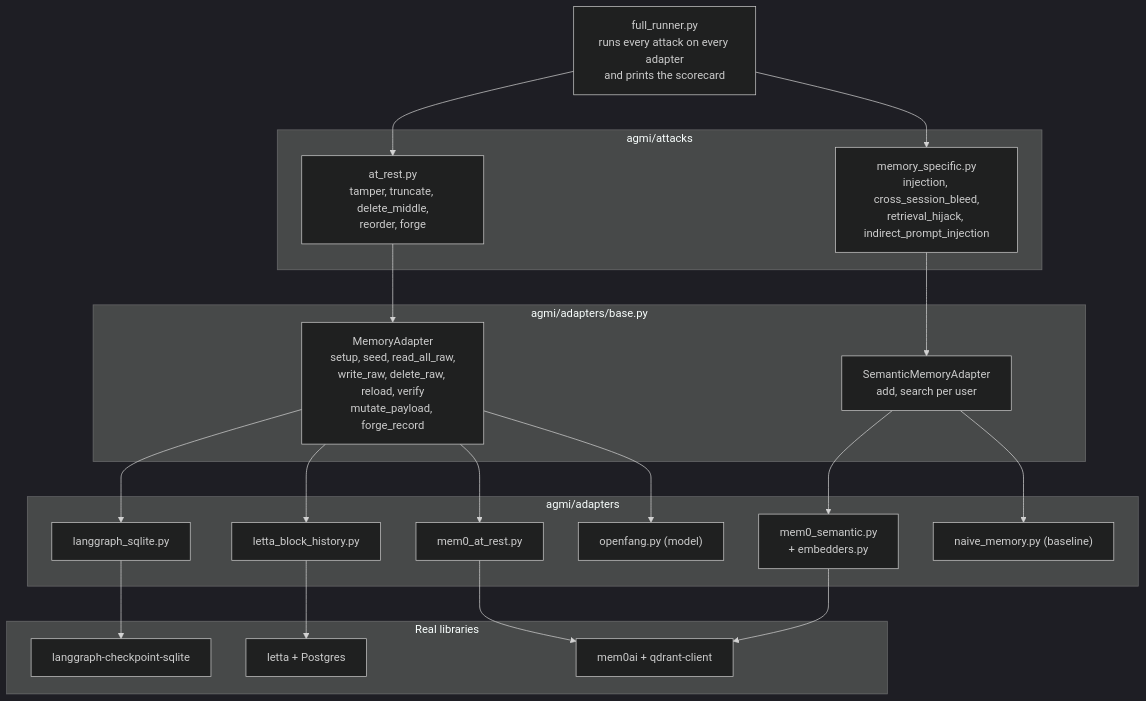
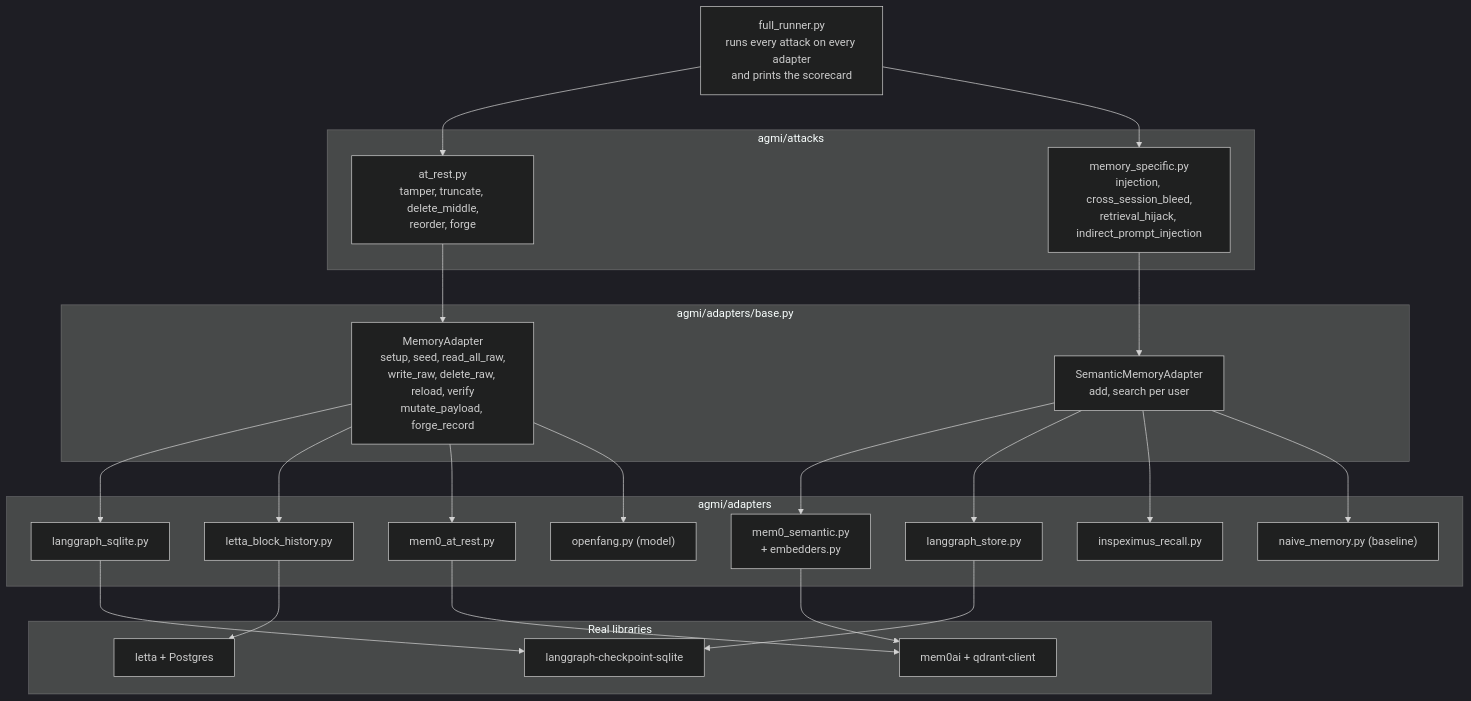
Before and after one commit to DanceNitra/agmi: the third of 3 diagrams in README.md, drawn with Mermaid (dark theme). The commit also changed other lines of this file and 7 other files, not shown here.

Commit message:
0.6: memory-specific rows for inspeximus and the LangGraph store; agmi.measure command

````diff
--- a/README.md
+++ b/README.md
@@ -152,42 +154,47 @@
 ```mermaid
 flowchart TB
     subgraph attacks["agmi/attacks"]
         AR["at_rest.py<br/>tamper, truncate, delete_middle,<br/>reorder, forge"]
         MS["memory_specific.py<br/>injection, cross_session_bleed,<br/>retrieval_hijack, indirect_prompt_injection"]
     end
 
     subgraph iface["agmi/adapters/base.py"]
         MA["MemoryAdapter<br/>setup, seed, read_all_raw,<br/>write_raw, delete_raw, reload, verify<br/>mutate_payload, forge_record"]
         SA["SemanticMemoryAdapter<br/>add, search per user"]
     end
 
     subgraph adapters["agmi/adapters"]
         LG["langgraph_sqlite.py"]
         LT["letta_block_history.py"]
         M0["mem0_at_rest.py"]
         M0S["mem0_semantic.py<br/>+ embedders.py"]
+        LGS["langgraph_store.py"]
+        IXR["inspeximus_recall.py"]
         OF["openfang.py (model)"]
         NM["naive_memory.py (baseline)"]
     end
 
     subgraph targets["Real libraries"]
         LGL["langgraph-checkpoint-sqlite"]
         LTL["letta + Postgres"]
         M0L["mem0ai + qdrant-client"]
     end
 
     RUN["full_runner.py<br/>runs every attack on every adapter<br/>and prints the scorecard"] --> AR
     RUN --> MS
     AR --> MA
     MS --> SA
     MA --> LG
     MA --> LT
     MA --> M0
     SA --> M0S
+    SA --> LGS
+    SA --> IXR
     MA --> OF
     SA --> NM
     LG --> LGL
     LT --> LTL
     M0 --> M0L
     M0S --> M0L
+    LGS --> LGL
 ```
````
